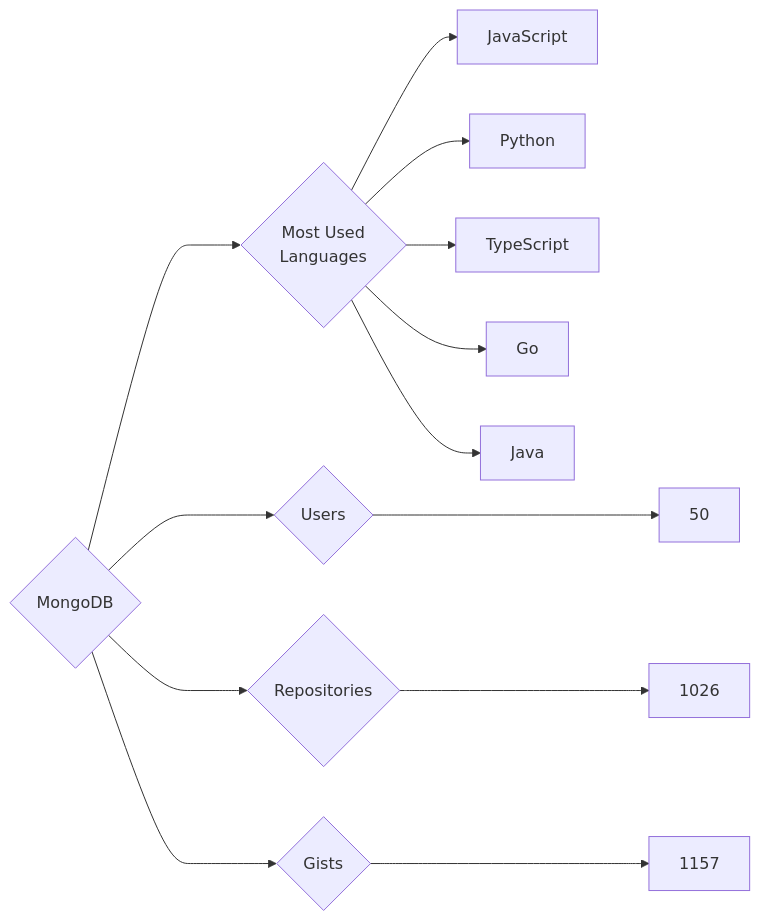
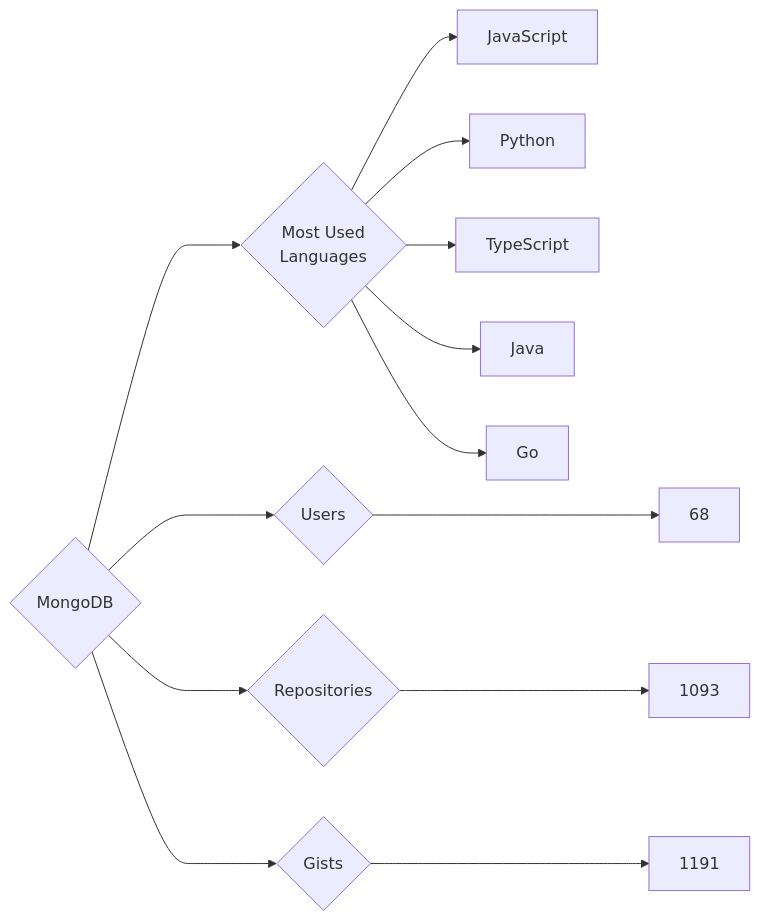
The diagram in targets/MongoDB/README.md (trickest/insiders), drawn with Mermaid before and after one commit. The commit also changed 928 other files, not shown here.

````diff
--- a/targets/MongoDB/README.md
+++ b/targets/MongoDB/README.md
@@ -3,13 +3,13 @@
 ```mermaid
 graph LR
 COMPANY_NAME{MongoDB}
-COMPANY_NAME ---> U{Users} ---> UN[50]
-COMPANY_NAME ---> R{Repositories} ---> RN[1026]
-COMPANY_NAME ---> G{Gists} ---> GN[1157]
+COMPANY_NAME ---> U{Users} ---> UN[68]
+COMPANY_NAME ---> R{Repositories} ---> RN[1093]
+COMPANY_NAME ---> G{Gists} ---> GN[1191]
 COMPANY_NAME ---> ML{Most Used<br>Languages}
 ML --> JavaScript[JavaScript]
 ML --> Python[Python]
 ML --> TypeScript[TypeScript]
+ML --> Java[Java]
 ML --> Go[Go]
-ML --> Java[Java]
 ```
````
